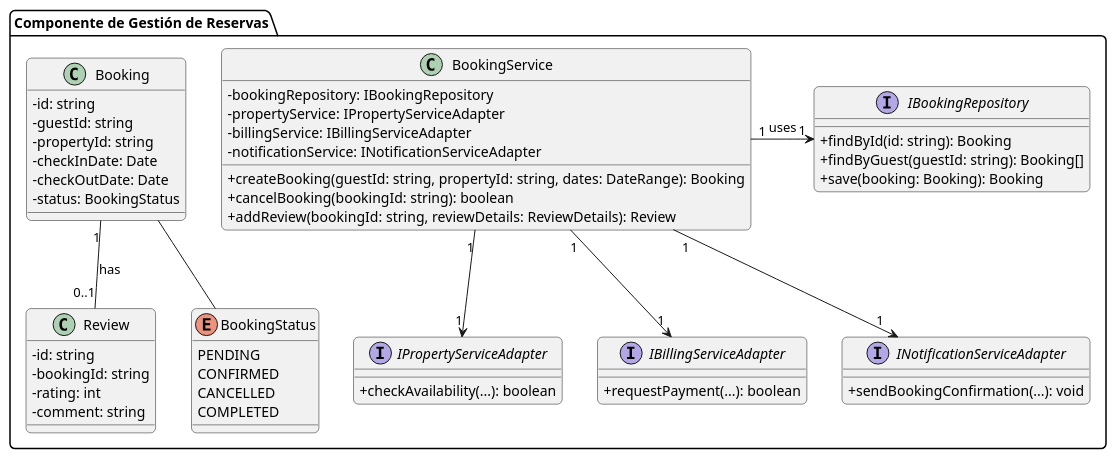
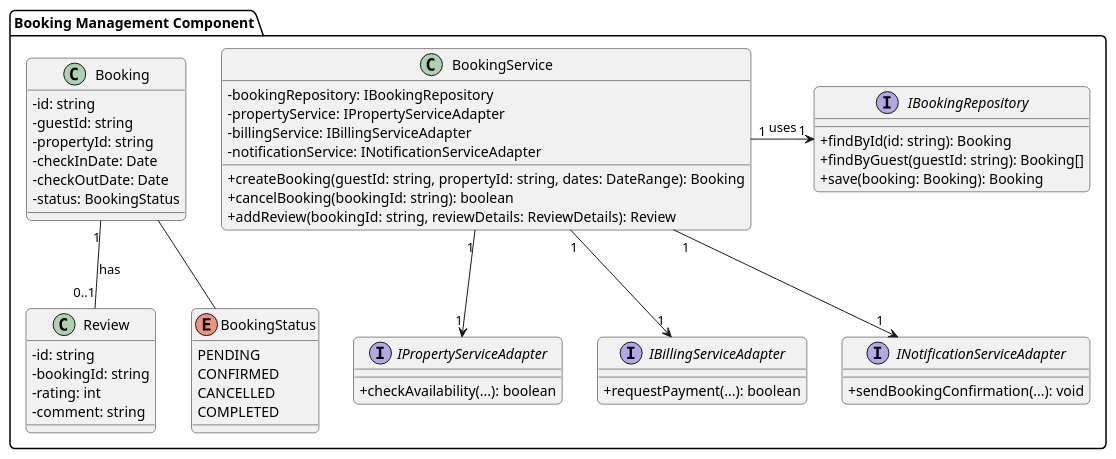
The diagram in assets/Chapter-04/class-diagram-Booking-Component.puml (Edgerunners-Aplicaciones-Web/report), drawn with PlantUML before and after one commit. The commit also changed 3 other files, not shown here.

Commit message:
doc: Standardize class diagram labeling across Chapter 4 assets

```diff
--- a/assets/Chapter-04/class-diagram-Booking-Component.puml
+++ b/assets/Chapter-04/class-diagram-Booking-Component.puml
@@ -1,69 +1,69 @@
 @startuml BookingComponentClassDiagram
 ' Estilo
 skinparam classAttributeIconSize 0
 skinparam roundcorner 10
 
-package "Componente de Gestión de Reservas" {
+package "Booking Management Component" {
 
     class BookingService {
         - bookingRepository: IBookingRepository
         - propertyService: IPropertyServiceAdapter
         - billingService: IBillingServiceAdapter
         - notificationService: INotificationServiceAdapter
         + createBooking(guestId: string, propertyId: string, dates: DateRange): Booking
         + cancelBooking(bookingId: string): boolean
         + addReview(bookingId: string, reviewDetails: ReviewDetails): Review
     }
 
     interface IBookingRepository {
         + findById(id: string): Booking
         + findByGuest(guestId: string): Booking[]
         + save(booking: Booking): Booking
     }
 
     ' --- Entidades de Dominio ---
     class Booking {
         - id: string
         - guestId: string
         - propertyId: string
         - checkInDate: Date
         - checkOutDate: Date
         - status: BookingStatus
     }
     class Review {
         - id: string
         - bookingId: string
         - rating: int
         - comment: string
     }
     enum BookingStatus {
     PENDING
     CONFIRMED
     CANCELLED
     COMPLETED
     }
 
     ' --- Adaptadores para comunicarse con otros componentes ---
     interface IPropertyServiceAdapter
     {
     + checkAvailability(...): boolean
     }
 
     interface IBillingServiceAdapter
     {
     + requestPayment(...): boolean
     }
 
     interface INotificationServiceAdapter {
     + sendBookingConfirmation(...): void
     }
 
     ' --- Relaciones ---
     BookingService "1" -> "1" IBookingRepository : uses
     BookingService "1" --> "1" IPropertyServiceAdapter
     BookingService "1" --> "1" IBillingServiceAdapter
     BookingService "1" --> "1" INotificationServiceAdapter
     Booking "1" -- "0..1" Review : has
     Booking -- BookingStatus
 }
 @enduml
```
